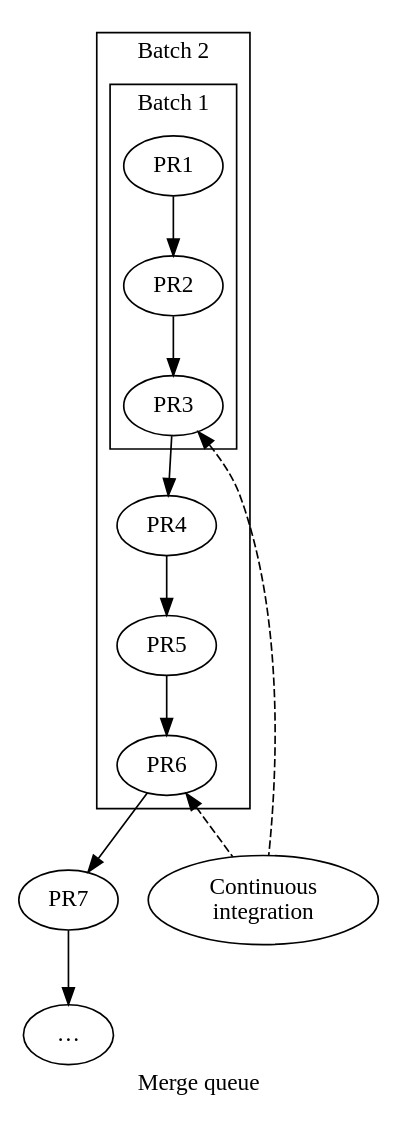
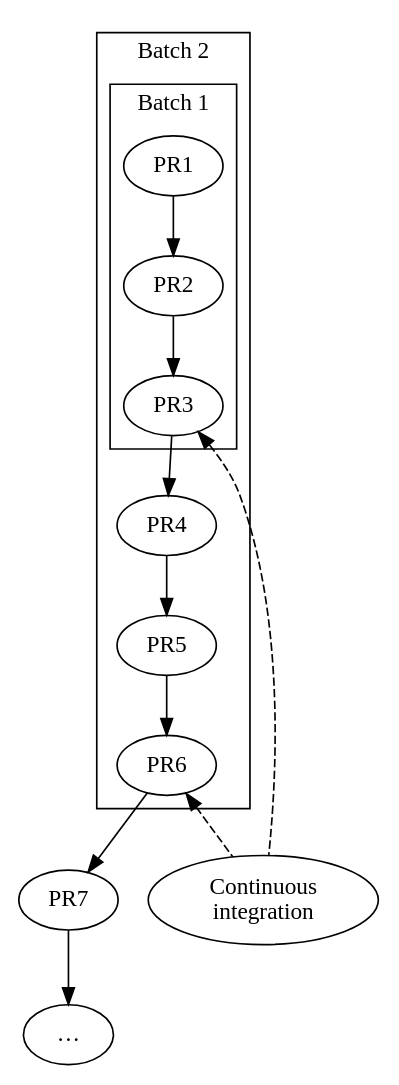
The diagram in src/content/docs/merge-queue/performance.mdx (Mergifyio/docs), drawn with Graphviz before and after one commit. The commit also changed 20 other files, not shown here.

First line of the commit message:
feat(diagrams): size by type, caption in HTML, one meaning per role

````diff
--- a/src/content/docs/merge-queue/performance.mdx
+++ b/src/content/docs/merge-queue/performance.mdx
@@ -177,32 +177,31 @@
-```dot class="queue"
+```dot class="queue" title="Speculative checks: batch 2 is tested on top of batch 1 while batch 1 is still validating"
 digraph {
-  label="Merge queue";
 
   subgraph cluster_batch2 {
     class="batch";
     label="Batch 2";
 
     subgraph cluster_batch1 {
       class="batch";
       label="Batch 1";
       PR1 [class="queued"];
       PR2 [class="queued"];
       PR3 [class="queued"];
       PR1 -> PR2 -> PR3;
     }
 
     PR4 [class="queued"];
     PR5 [class="queued"];
     PR6 [class="queued"];
     PR3 -> PR4 -> PR5 -> PR6;
   }
 
   PR7 [class="queued"];
   PR8 [label="…", class="queued"];
   PR6 -> PR7 -> PR8;
 
   CI [label="Continuous\nintegration", class="external"];
   PR3 -> CI [class="muted", style=dashed, dir=both, arrowhead=none, arrowtail=normal];
   PR6 -> CI [class="muted", style=dashed, dir=both, arrowhead=none, arrowtail=normal];
 }
 ```
````
